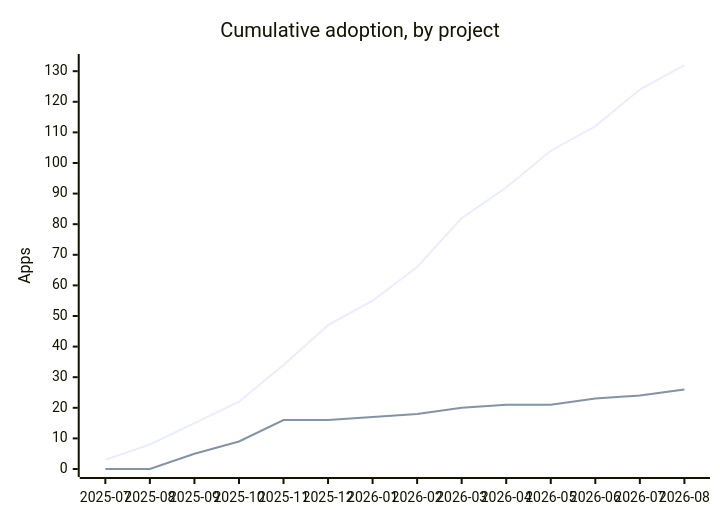
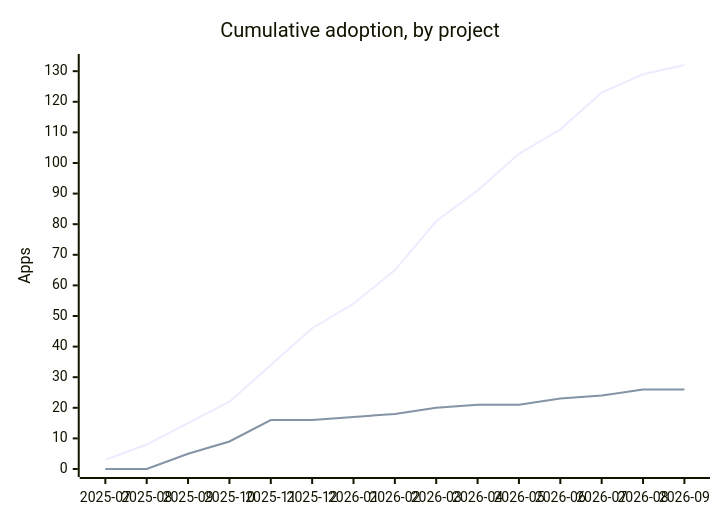
Before and after one commit to marcoroth/herb-corpus: the first of 2 diagrams in README.md, drawn with Mermaid. The commit also changed other lines of this file and 1996 other files, not shown here.

````diff
--- a/README.md
+++ b/README.md
@@ -690,8 +689,8 @@
 ```mermaid
 xychart
   title "Cumulative adoption, by project"
-  x-axis ["2025-07", "2025-08", "2025-09", "2025-10", "2025-11", "2025-12", "2026-01", "2026-02", "2026-03", "2026-04", "2026-05", "2026-06", "2026-07", "2026-08"]
+  x-axis ["2025-07", "2025-08", "2025-09", "2025-10", "2025-11", "2025-12", "2026-01", "2026-02", "2026-03", "2026-04", "2026-05", "2026-06", "2026-07", "2026-08", "2026-09"]
   y-axis "Apps" 0 --> 133
-  line [3, 8, 15, 22, 34, 47, 55, 66, 82, 92, 104, 112, 124, 132]
-  line [0, 0, 5, 9, 16, 16, 17, 18, 20, 21, 21, 23, 24, 26]
+  line [3, 8, 15, 22, 34, 46, 54, 65, 81, 91, 103, 111, 123, 129, 132]
+  line [0, 0, 5, 9, 16, 16, 17, 18, 20, 21, 21, 23, 24, 26, 26]
 ```
````
